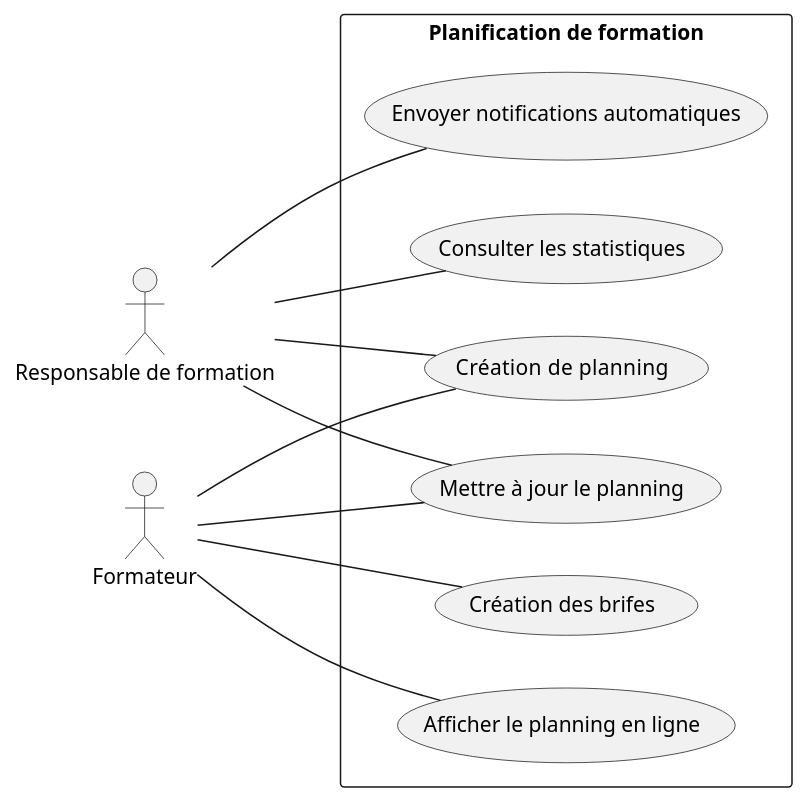
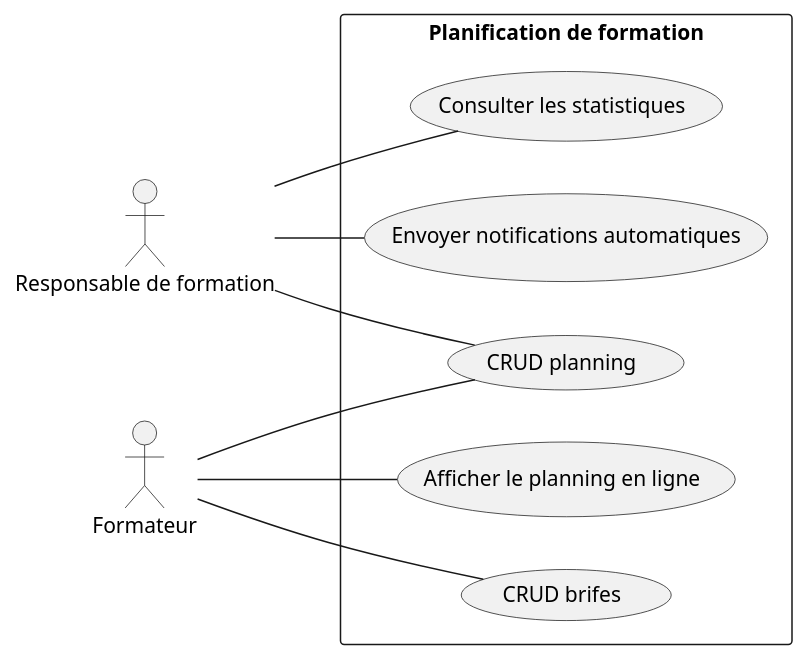
One commit to ZOUBAIRDouae/Projet_Fil_Rouge changed the diagram in BrancheFonctionnelle/usecase.pu. Above: the diagram before and after it, drawn with PlantUML.

```diff
--- a/BrancheFonctionnelle/usecase.pu
+++ b/BrancheFonctionnelle/usecase.pu
@@ -1,29 +1,26 @@
 @startuml
 left to right direction
 
 actor "Responsable de formation" as Admin
 actor "Formateur" as Formateur
 
 rectangle "Planification de formation" {
 
-    usecase "Création de  planning" as UC1
-    usecase "Mettre à jour le planning" as UC2
+    usecase "CRUD planning" as UC1
     usecase "Envoyer notifications automatiques" as UC3
     usecase "Afficher le planning en ligne" as UC4
-    usecase "Création des brifes" as UC5
+    usecase "CRUD brifes" as UC5
     usecase "Consulter les statistiques" as  UC6
 
 }
 
     Admin -- UC1
-    Admin -- UC2
     Admin -- UC3
     Admin -- UC6
 
     Formateur -- UC1
-    Formateur -- UC2
     Formateur -- UC4
     Formateur -- UC5
 
 
 @enduml
```
